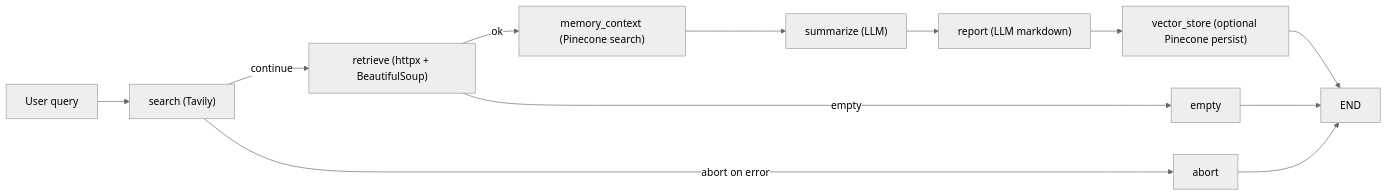
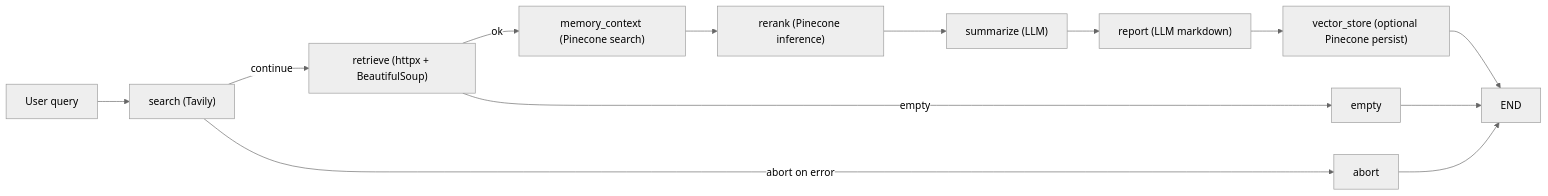
The first of 2 diagrams in README.md (KostasCherv/research_agent), drawn with Mermaid (neutral theme) before and after one commit. The commit also changed other lines of this file and 11 other files, not shown here.

````diff
--- a/README.md
+++ b/README.md
@@ -8,14 +8,15 @@
 ```mermaid
 flowchart LR
     userQuery["User query"] --> search["search (Tavily)"]
     search -->|"continue"| retrieve["retrieve (httpx + BeautifulSoup)"]
     search -->|"abort on error"| abortNode["abort"]
     retrieve -->|"ok"| memoryContext["memory_context (Pinecone search)"]
     retrieve -->|"empty"| emptyNode["empty"]
-    memoryContext --> summarize["summarize (LLM)"]
+    memoryContext --> rerank["rerank (Pinecone inference)"]
+    rerank --> summarize["summarize (LLM)"]
     summarize --> report["report (LLM markdown)"]
     report --> vectorStore["vector_store (optional Pinecone persist)"]
     vectorStore --> endNode["END"]
     abortNode --> endNode
     emptyNode --> endNode
 ```
````
